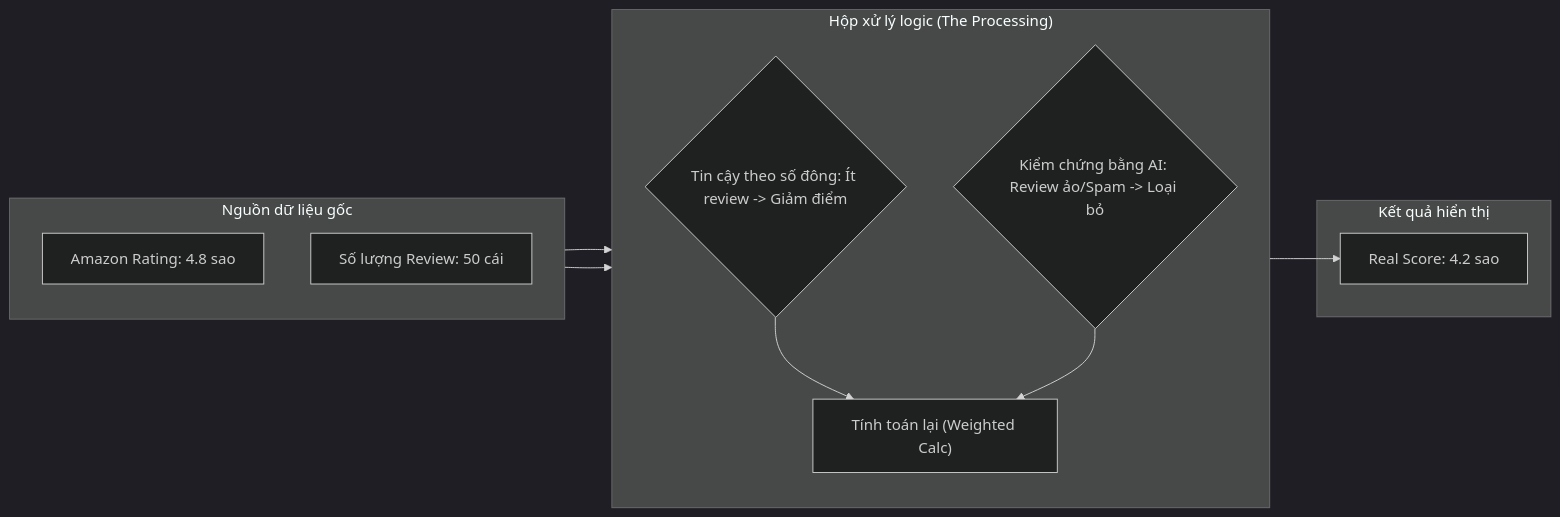
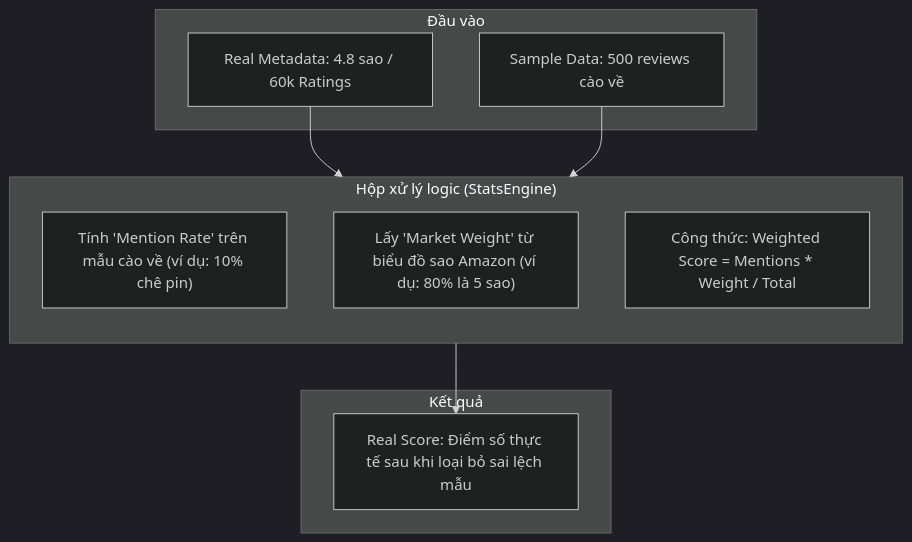
One commit to Daniel-LeTC/AI_market_intel_platform changed the third of 3 diagrams in docs/architecture_analysis_v2/08_User_Functional_Deep_Dive.md. Above: the diagram before and after it, drawn with Mermaid (dark theme). The commit also changed other lines of this file, not shown here.

Commit message:
docs: align functional deep dive with real code logic (Trash Filter, RAG Shield, Weighted Score)

````diff
--- a/docs/architecture_analysis_v2/08_User_Functional_Deep_Dive.md
+++ b/docs/architecture_analysis_v2/08_User_Functional_Deep_Dive.md
@@ -66,22 +74,20 @@
 ```mermaid
-flowchart LR
-    subgraph SOURCE ["Nguồn dữ liệu gốc"]
-        AMZ_Rating["Amazon Rating: 4.8 sao"]
-        Review_Vol["Số lượng Review: 50 cái"]
+graph TD
+    subgraph INPUT ["Đầu vào"]
+        M1[Real Metadata: 4.8 sao / 60k Ratings]
+        S1[Sample Data: 500 reviews cào về]
     end
 
-    subgraph LOGIC ["Hộp xử lý logic (The Processing)"]
+    subgraph LOGIC ["Hộp xử lý logic (StatsEngine)"]
         direction TB
-        Rule1{"Tin cậy theo số đông: Ít review -> Giảm điểm"}
-        Rule2{"Kiểm chứng bằng AI: Review ảo/Spam -> Loại bỏ"}
-        Calc["Tính toán lại (Weighted Calc)"]
+        Step1["Tính 'Mention Rate' trên mẫu cào về (ví dụ: 10% chê pin)"]
+        Step2["Lấy 'Market Weight' từ biểu đồ sao Amazon (ví dụ: 80% là 5 sao)"]
+        Step3["Công thức: Weighted Score = Mentions * Weight / Total"]
     end
 
-    subgraph RESULT ["Kết quả hiển thị"]
-        Real_Score["Real Score: 4.2 sao"]
+    subgraph OUTPUT ["Kết quả"]
+        Final["Real Score: Điểm số thực tế sau khi loại bỏ sai lệch mẫu"]
     end
 
-    SOURCE --> Rule1 --> Calc
-    SOURCE --> Rule2 --> Calc
-    Calc --> Real_Score
+    M1 & S1 --> LOGIC --> Final
 ```
````
